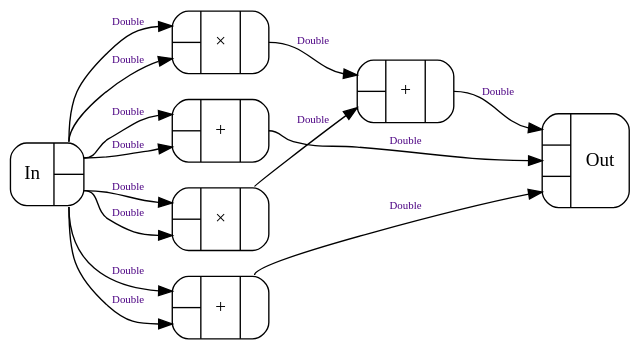
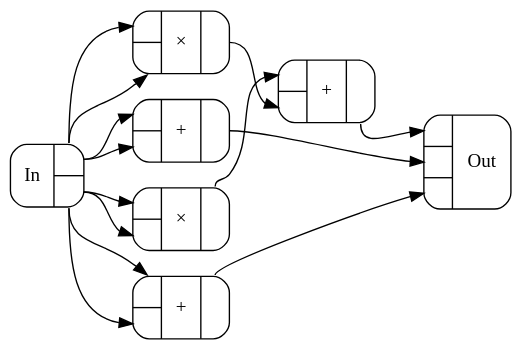
Before and after one commit to conal/talk-2018-essence-of-ad: the diagram in Figures/magSqr-gradr.dot, drawn with Graphviz. The commit also changed 3 other files, not shown here.

Commit message:
figure tweaks

```diff
--- a/Figures/magSqr-gradr.dot
+++ b/Figures/magSqr-gradr.dot
@@ -1,29 +1,29 @@
 digraph magSqr_gradr {
   margin=0
   compound=true
   rankdir=LR
   node [shape=Mrecord]
   edge [fontsize=8,fontcolor=indigo]
   bgcolor=transparent
   nslimit=20
   c0 [label="{In|{<Out0>|<Out1>}}"]
-  c463 [label="{{<In0>|<In1>}|\×|{<Out0>}}"]
-  c464 [label="{{<In0>|<In1>}|\×|{<Out0>}}"]
-  c465 [label="{{<In0>|<In1>}|+|{<Out0>}}"]
-  c484 [label="{{<In0>|<In1>}|+|{<Out0>}}"]
-  c489 [label="{{<In0>|<In1>}|+|{<Out0>}}"]
-  c490 [label="{{<In0>|<In1>|<In2>}|Out}"]
-  c0:Out0 -> c463:In0 [label="Double"]
-  c0:Out0 -> c463:In1 [label="Double"]
-  c0:Out1 -> c464:In0 [label="Double"]
-  c0:Out1 -> c464:In1 [label="Double"]
-  c463:Out0 -> c465:In0 [label="Double"]
-  c464:Out0 -> c465:In1 [label="Double"]
-  c0:Out0 -> c484:In0 [label="Double"]
-  c0:Out0 -> c484:In1 [label="Double"]
-  c0:Out1 -> c489:In0 [label="Double"]
-  c0:Out1 -> c489:In1 [label="Double"]
-  c465:Out0 -> c490:In0 [label="Double"]
-  c484:Out0 -> c490:In1 [label="Double"]
-  c489:Out0 -> c490:In2 [label="Double"]
+  c3316 [label="{{<In0>|<In1>}|\×|{<Out0>}}"]
+  c4146 [label="{{<In0>|<In1>}|\×|{<Out0>}}"]
+  c4421 [label="{{<In0>|<In1>}|+|{<Out0>}}"]
+  c4518 [label="{{<In0>|<In1>}|+|{<Out0>}}"]
+  c4519 [label="{{<In0>|<In1>}|+|{<Out0>}}"]
+  c4520 [label="{{<In0>|<In1>|<In2>}|Out}"]
+  c0:Out1 -> c3316:In0 []
+  c0:Out1 -> c3316:In1 []
+  c0:Out0 -> c4146:In0 []
+  c0:Out0 -> c4146:In1 []
+  c3316:Out0 -> c4421:In0 []
+  c4146:Out0 -> c4421:In1 []
+  c0:Out0 -> c4518:In0 []
+  c0:Out0 -> c4518:In1 []
+  c0:Out1 -> c4519:In0 []
+  c0:Out1 -> c4519:In1 []
+  c4421:Out0 -> c4520:In0 []
+  c4518:Out0 -> c4520:In1 []
+  c4519:Out0 -> c4520:In2 []
 }
```
